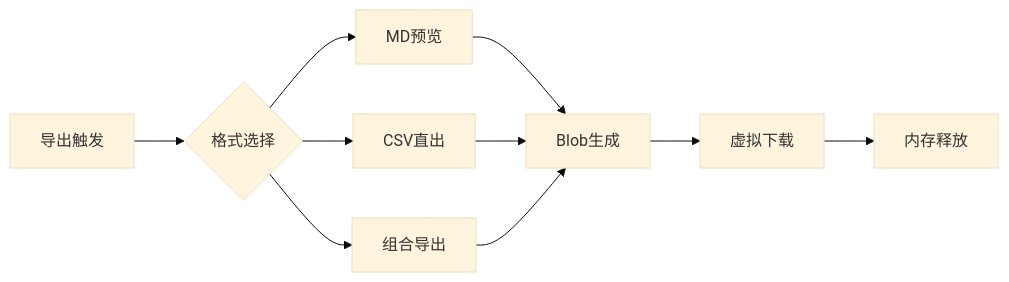
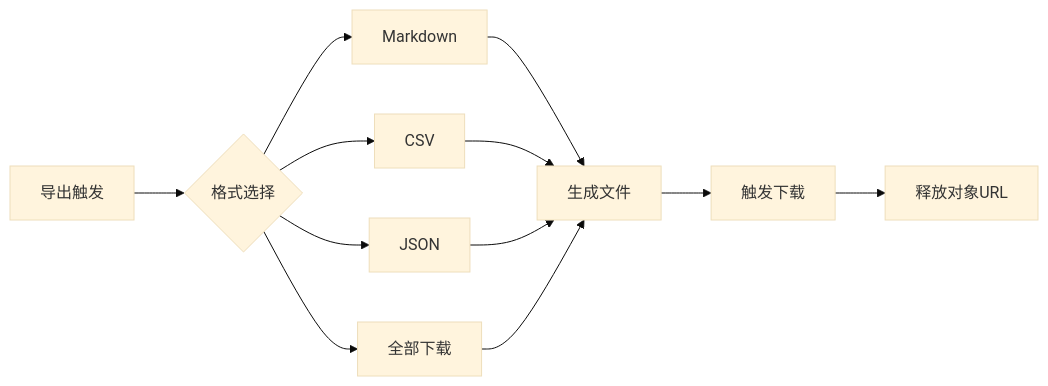
The fourth of 6 diagrams in README.md (linyaocrush/DLsite-Purchase-Analyzer), drawn with Mermaid (base theme) before and after one commit. The commit also changed other lines of this file and 2 other files, not shown here.

````diff
--- a/README.md
+++ b/README.md
@@ -209,12 +215,14 @@
 ```mermaid
 graph LR
     A[导出触发] --> B{格式选择}
-    B --> C[MD预览]
-    B --> D[CSV直出]
-    B --> E[组合导出]
-    C --> F[Blob生成]
-    D --> F
-    E --> F
-    F --> G[虚拟下载]
-    G --> H[内存释放]
+    B --> C[Markdown]
+    B --> D[CSV]
+    B --> E[JSON]
+    B --> F[全部下载]
+    C --> G[生成文件]
+    D --> G
+    E --> G
+    F --> G
+    G --> H[触发下载]
+    H --> I[释放对象URL]
 ```
````
